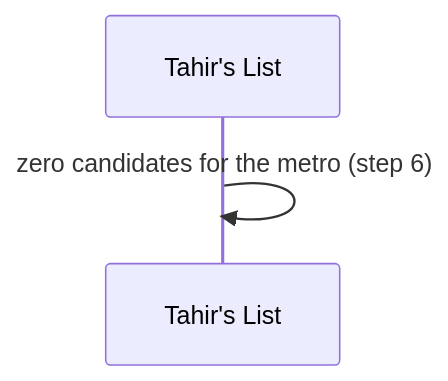
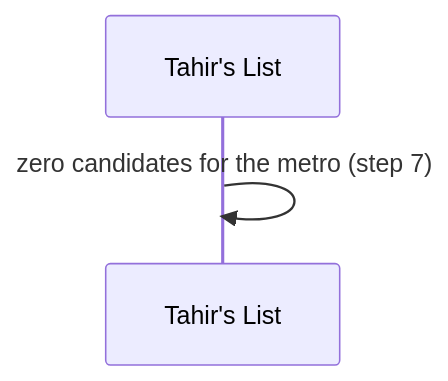
Before and after one commit to Losers-Lab/tahirs-list: the ninth of 12 diagrams in docs/features/SC-211/04-blackbox/UC-01-run-sample-directory-ingestion.md, drawn with Mermaid. The commit also changed other lines of this file and 8 other files, not shown here.

````diff
--- a/docs/features/SC-211/04-blackbox/UC-01-run-sample-directory-ingestion.md
+++ b/docs/features/SC-211/04-blackbox/UC-01-run-sample-directory-ingestion.md
@@ -67,5 +75,5 @@
 ```mermaid
 sequenceDiagram
   participant TL as Tahir's List
-  TL->>TL: zero candidates for the metro (step 6)
+  TL->>TL: zero candidates for the metro (step 7)
 ```
````
